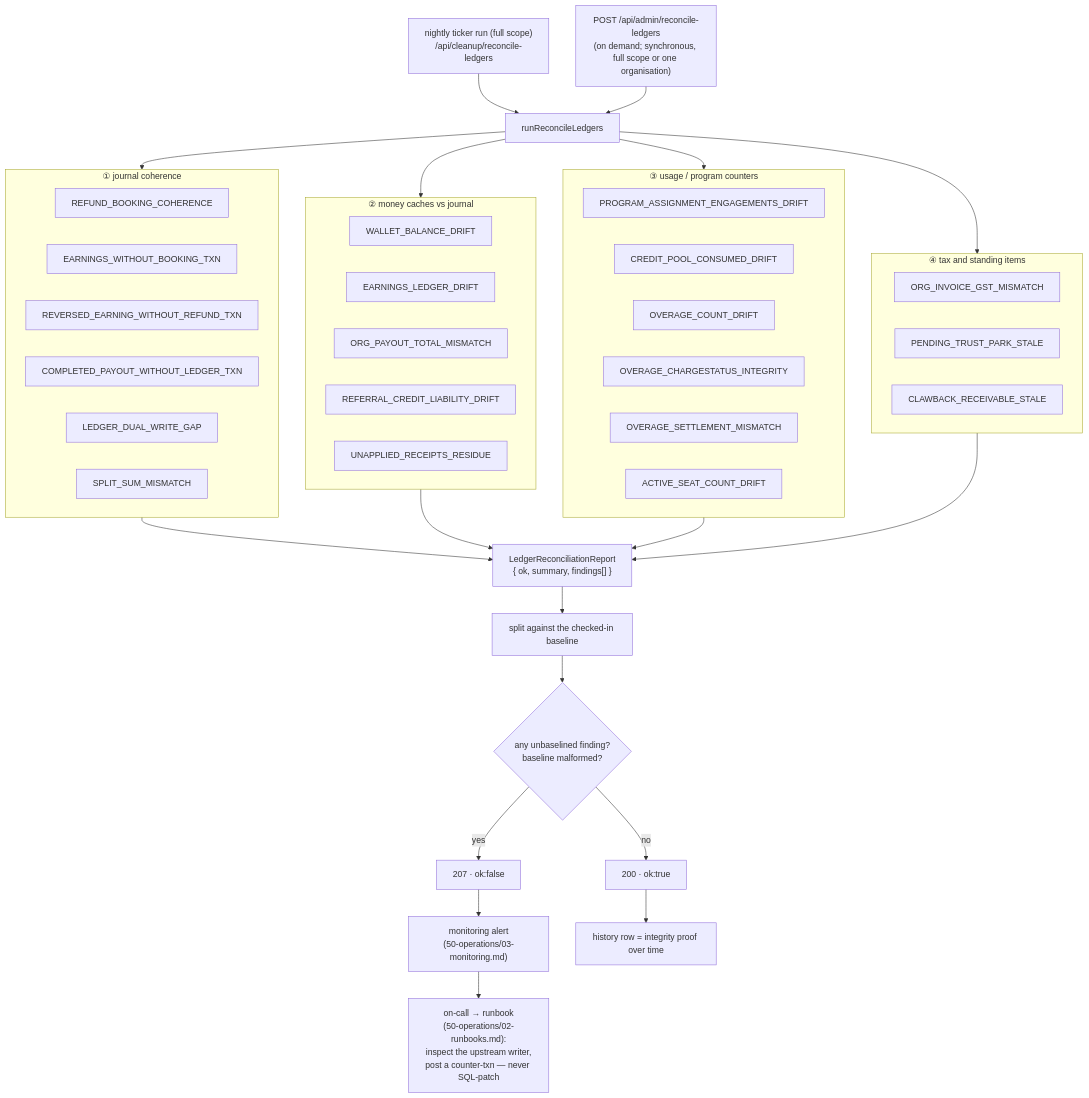
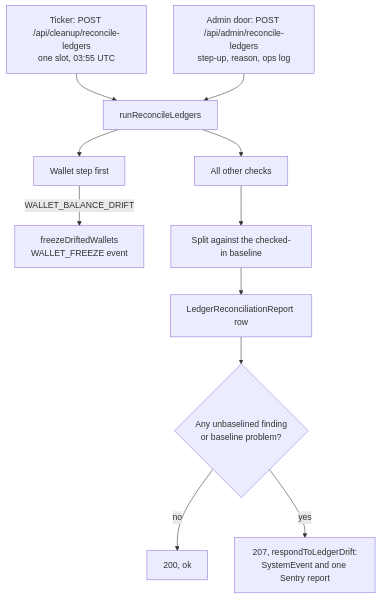
The diagram in docs/finance/20-ledger/06-integrity-and-reconciliation.md (Practitionist/familiarise_web), drawn with Mermaid before and after one commit. The commit also changed other lines of this file and 12 other files, not shown here.

First line of the commit message:
docs(finance): rewrite payouts, settlement, integrity and tax sections (package B)

````diff
--- a/docs/finance/20-ledger/06-integrity-and-reconciliation.md
+++ b/docs/finance/20-ledger/06-integrity-and-reconciliation.md
@@ -67,45 +61,13 @@
 ```mermaid
 flowchart TD
-  CRON["nightly ticker run (full scope)<br/>/api/cleanup/reconcile-ledgers"] --> RUN["runReconcileLedgers"]
-  ADMIN["POST /api/admin/reconcile-ledgers<br/>(on demand; synchronous, full scope or one organisation)"] --> RUN
-  RUN --> G1
-  RUN --> G2
-  RUN --> G3
-  RUN --> G4
-  subgraph G1["① journal coherence"]
-    RBC["REFUND_BOOKING_COHERENCE"]
-    EWB["EARNINGS_WITHOUT_BOOKING_TXN"]
-    REF["REVERSED_EARNING_WITHOUT_REFUND_TXN"]
-    CPW["COMPLETED_PAYOUT_WITHOUT_LEDGER_TXN"]
-    DWG["LEDGER_DUAL_WRITE_GAP"]
-    SSM["SPLIT_SUM_MISMATCH"]
-  end
-  subgraph G2["② money caches vs journal"]
-    WBD["WALLET_BALANCE_DRIFT"]
-    ELD["EARNINGS_LEDGER_DRIFT"]
-    OPT["ORG_PAYOUT_TOTAL_MISMATCH"]
-    RCL["REFERRAL_CREDIT_LIABILITY_DRIFT"]
-    URR["UNAPPLIED_RECEIPTS_RESIDUE"]
-  end
-  subgraph G3["③ usage / program counters"]
-    PAE["PROGRAM_ASSIGNMENT_ENGAGEMENTS_DRIFT"]
-    CPC["CREDIT_POOL_CONSUMED_DRIFT"]
-    OCD["OVERAGE_COUNT_DRIFT"]
-    OCI["OVERAGE_CHARGESTATUS_INTEGRITY"]
-    OSM["OVERAGE_SETTLEMENT_MISMATCH"]
-    ASC["ACTIVE_SEAT_COUNT_DRIFT"]
-  end
-  subgraph G4["④ tax and standing items"]
-    IGM["ORG_INVOICE_GST_MISMATCH"]
-    PTS["PENDING_TRUST_PARK_STALE"]
-    CRS["CLAWBACK_RECEIVABLE_STALE"]
-  end
-  G1 & G2 & G3 & G4 --> RPT["LedgerReconciliationReport<br/>{ ok, summary, findings[] }"]
-  RPT --> BL["split against the checked-in baseline"]
-  BL --> OK{"any unbaselined finding?<br/>baseline malformed?"}
-  OK -- no --> CLEAN["200 · ok:true"]
-  OK -- yes --> PAGE["207 · ok:false"]
-  PAGE --> MON["monitoring alert<br/>(50-operations/03-monitoring.md)"]
-  MON --> ONCALL["on-call → runbook<br/>(50-operations/02-runbooks.md):<br/>inspect the upstream writer,<br/>post a counter-txn — never SQL-patch"]
-  CLEAN --> AUDIT["history row = integrity proof over time"]
+  CRON["Ticker: POST /api/cleanup/reconcile-ledgers<br/>one slot, 03:55 UTC"] --> RUN["runReconcileLedgers"]
+  ADMIN["Admin door: POST /api/admin/reconcile-ledgers<br/>step-up, reason, ops log"] --> RUN
+  RUN --> W["Wallet step first"]
+  W -->|"WALLET_BALANCE_DRIFT"| FRZ["freezeDriftedWallets<br/>WALLET_FREEZE event"]
+  RUN --> REST["All other checks"]
+  REST --> BL["Split against the checked-in baseline"]
+  BL --> REP["LedgerReconciliationReport row"]
+  REP --> OK{"Any unbaselined finding<br/>or baseline problem?"}
+  OK -- no --> G["200, ok"]
+  OK -- yes --> P["207, respondToLedgerDrift:<br/>SystemEvent and one Sentry report"]
 ```
````
